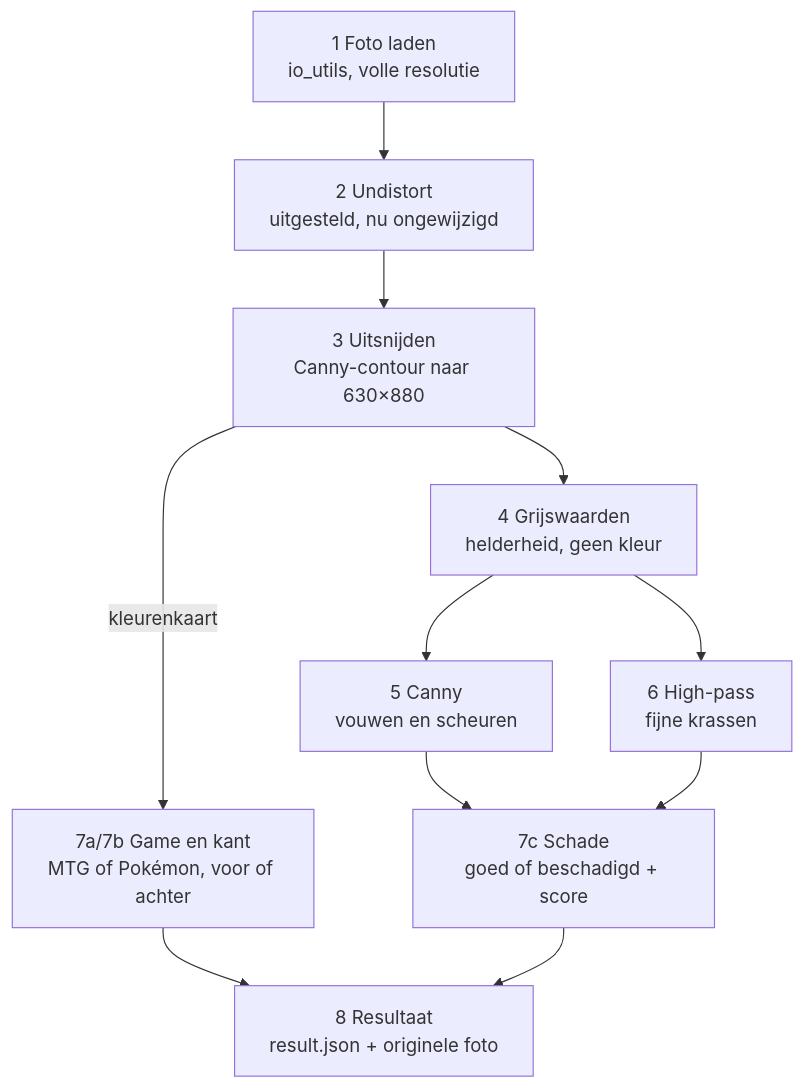
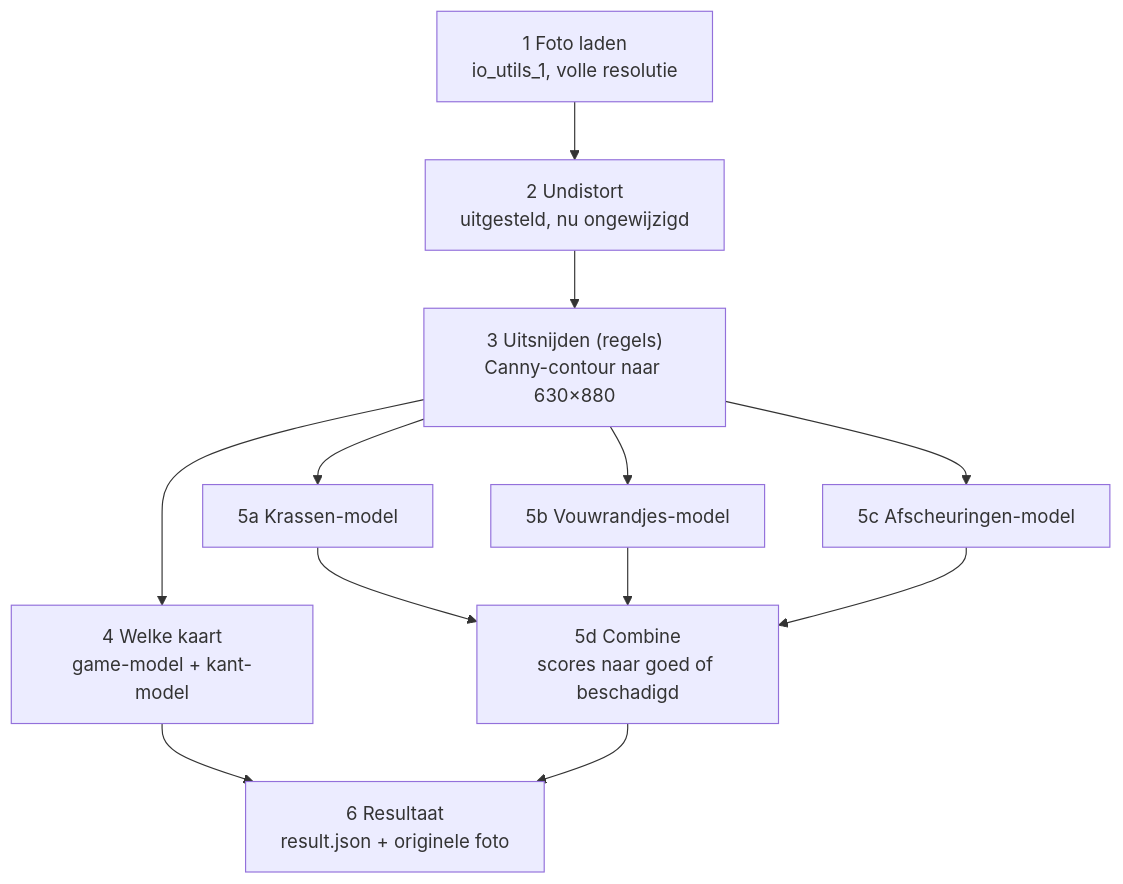
The diagram in docs/pipeline.md (liaurens/tcg-grading-ai), drawn with Mermaid before and after one commit. The commit also changed other lines of this file and 18 other files, not shown here.

````diff
--- a/docs/pipeline.md
+++ b/docs/pipeline.md
@@ -9,13 +9,14 @@
 ```mermaid
 flowchart TD
-    S1["1 Foto laden<br/>io_utils, volle resolutie"] --> S2["2 Undistort<br/>uitgesteld, nu ongewijzigd"]
-    S2 --> S3["3 Uitsnijden<br/>Canny-contour naar 630×880"]
-    S3 -- kleurenkaart --> S7ab["7a/7b Game en kant<br/>MTG of Pokémon, voor of achter"]
-    S3 --> S4["4 Grijswaarden<br/>helderheid, geen kleur"]
-    S4 --> S5["5 Canny<br/>vouwen en scheuren"]
-    S4 --> S6["6 High-pass<br/>fijne krassen"]
-    S5 --> S7c["7c Schade<br/>goed of beschadigd + score"]
-    S6 --> S7c
-    S7ab --> S8["8 Resultaat<br/>result.json + originele foto"]
-    S7c --> S8
+    S1["1 Foto laden<br/>io_utils_1, volle resolutie"] --> S2["2 Undistort<br/>uitgesteld, nu ongewijzigd"]
+    S2 --> S3["3 Uitsnijden (regels)<br/>Canny-contour naar 630×880"]
+    S3 --> S4["4 Welke kaart<br/>game-model + kant-model"]
+    S3 --> S5a["5a Krassen-model"]
+    S3 --> S5b["5b Vouwrandjes-model"]
+    S3 --> S5c["5c Afscheuringen-model"]
+    S5a --> S5d["5d Combine<br/>scores naar goed of beschadigd"]
+    S5b --> S5d
+    S5c --> S5d
+    S4 --> S6["6 Resultaat<br/>result.json + originele foto"]
+    S5d --> S6
 ```
````
